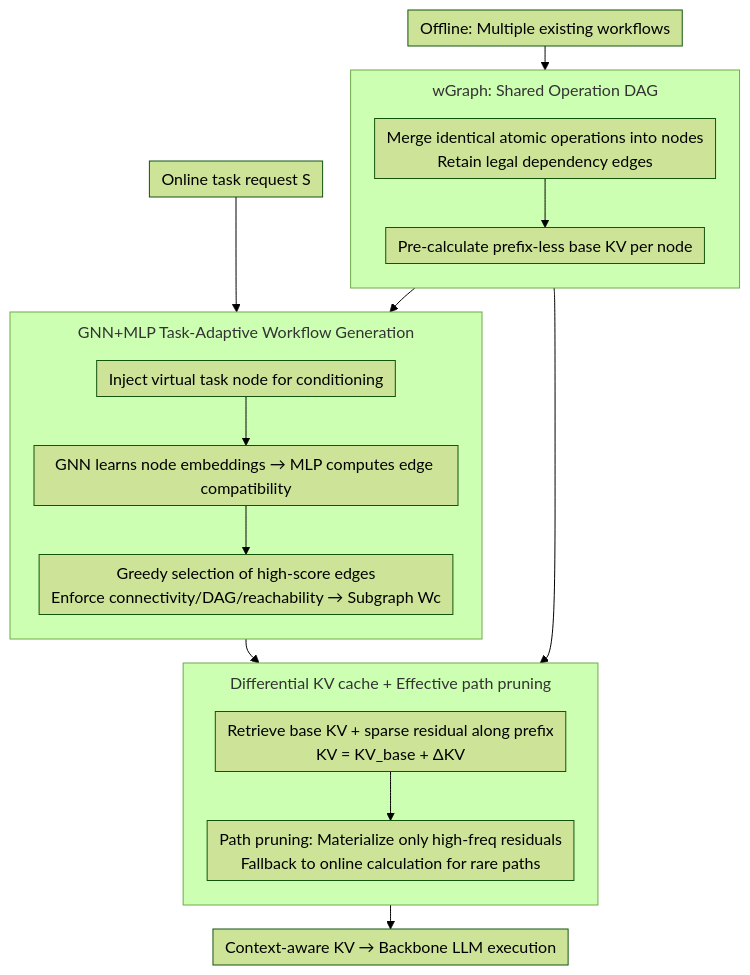
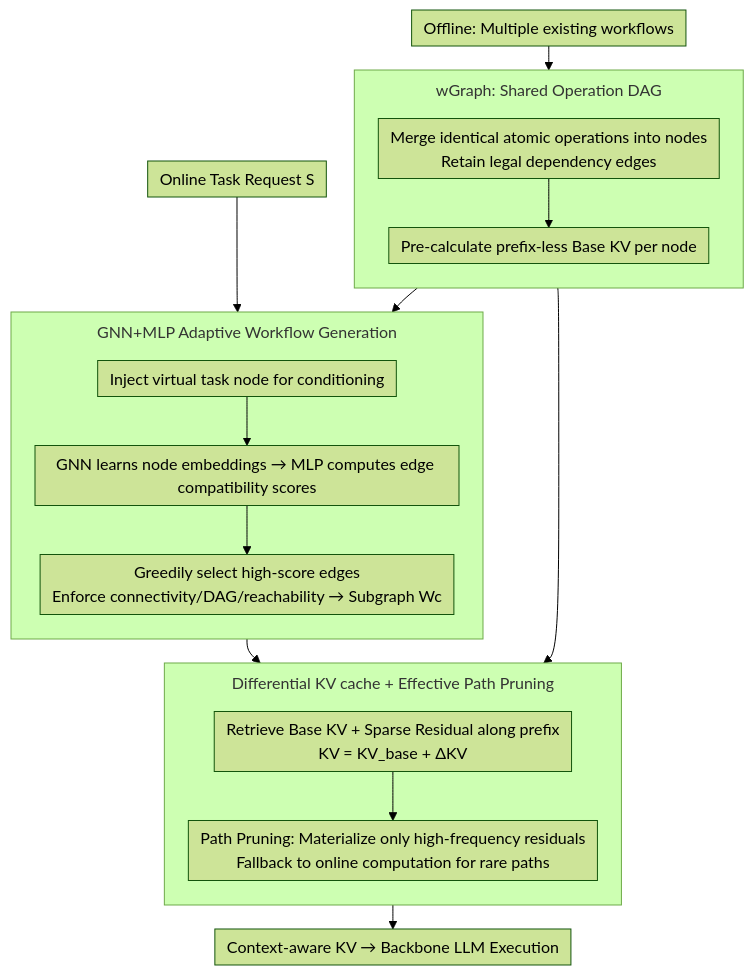
One commit to zhaoyang97/Paper-Notes-en changed the diagram in docs/ICML2026/llm_efficiency/graphflow_a_graph-based_workflow_management_for_efficient_llm-agent_serving.md. Above: the diagram before and after it, drawn with Mermaid (forest theme). The commit also changed other lines of this file and 5084 other files, not shown here.

````diff
--- a/docs/ICML2026/llm_efficiency/graphflow_a_graph-based_workflow_management_for_efficient_llm-agent_serving.md
+++ b/docs/ICML2026/llm_efficiency/graphflow_a_graph-based_workflow_management_for_efficient_llm-agent_serving.md
@@ -42,31 +42,31 @@
 ```mermaid
 %%{init: {'flowchart': {'rankSpacing': 24, 'nodeSpacing': 28, 'padding': 6, 'wrappingWidth': 400, 'subGraphTitleMargin': {'top': 8, 'bottom': 16}}}}%%
 flowchart TD
     A["Offline: Multiple existing workflows"]
     subgraph G1["wGraph: Shared Operation DAG"]
         direction TB
         B["Merge identical atomic operations into nodes<br/>Retain legal dependency edges"]
-        C["Pre-calculate prefix-less base KV per node"]
+        C["Pre-calculate prefix-less Base KV per node"]
         B --> C
     end
     A --> B
-    S["Online task request S"]
-    subgraph G2["GNN+MLP Task-Adaptive Workflow Generation"]
+    S["Online Task Request S"]
+    subgraph G2["GNN+MLP Adaptive Workflow Generation"]
         direction TB
         D["Inject virtual task node for conditioning"]
-        E["GNN learns node embeddings → MLP computes edge compatibility"]
-        F["Greedy selection of high-score edges<br/>Enforce connectivity/DAG/reachability → Subgraph Wc"]
+        E["GNN learns node embeddings → MLP computes edge compatibility scores"]
+        F["Greedily select high-score edges<br/>Enforce connectivity/DAG/reachability → Subgraph Wc"]
         D --> E --> F
     end
     B --> D
     S --> D
-    subgraph G3["Differential KV cache + Effective path pruning"]
+    subgraph G3["Differential KV cache + Effective Path Pruning"]
         direction TB
-        I["Retrieve base KV + sparse residual along prefix<br/>KV = KV_base + ΔKV"]
-        K["Path pruning: Materialize only high-freq residuals<br/>Fallback to online calculation for rare paths"]
+        I["Retrieve Base KV + Sparse Residual along prefix<br/>KV = KV_base + ΔKV"]
+        K["Path Pruning: Materialize only high-frequency residuals<br/>Fallback to online computation for rare paths"]
         I --> K
     end
     C --> I
     F --> I
-    K --> L["Context-aware KV → Backbone LLM execution"]
+    K --> L["Context-aware KV → Backbone LLM Execution"]
 ```
````
